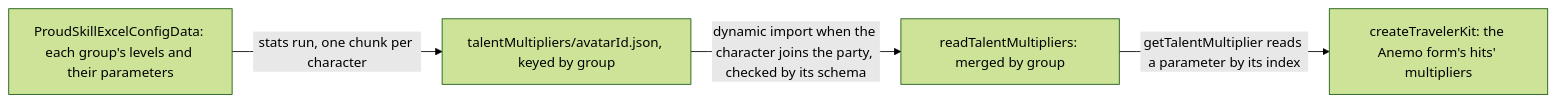
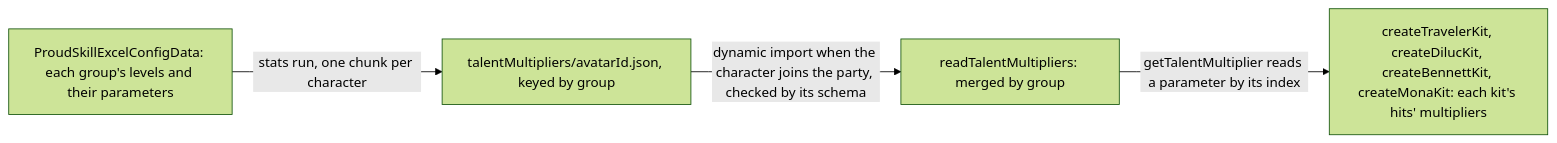
The second of 2 diagrams in apps/web/content/docs/genshin/character-kits.md (Esposter/Esposter), drawn with Mermaid (forest theme) before and after one commit. The commit also changed other lines of this file and 11 other files, not shown here.

First line of the commit message:
fix(genshin-world): Bennett's, Diluc's and Mona's kits are factories over the loaded talent multipliers, built once each character's chunk arrives

````diff
--- a/apps/web/content/docs/genshin/character-kits.md
+++ b/apps/web/content/docs/genshin/character-kits.md
@@ -33,6 +33,6 @@
 ```mermaid
 flowchart LR
   P["ProudSkillExcelConfigData: each group's levels and their parameters"] -->|"stats run, one chunk per character"| M["talentMultipliers/avatarId.json, keyed by group"]
   M -->|"dynamic import when the character joins the party, checked by its schema"| R["readTalentMultipliers: merged by group"]
-  R -->|"getTalentMultiplier reads a parameter by its index"| T["createTravelerKit: the Anemo form's hits' multipliers"]
+  R -->|"getTalentMultiplier reads a parameter by its index"| T["createTravelerKit, createDilucKit, createBennettKit, createMonaKit: each kit's hits' multipliers"]
 ```
````
